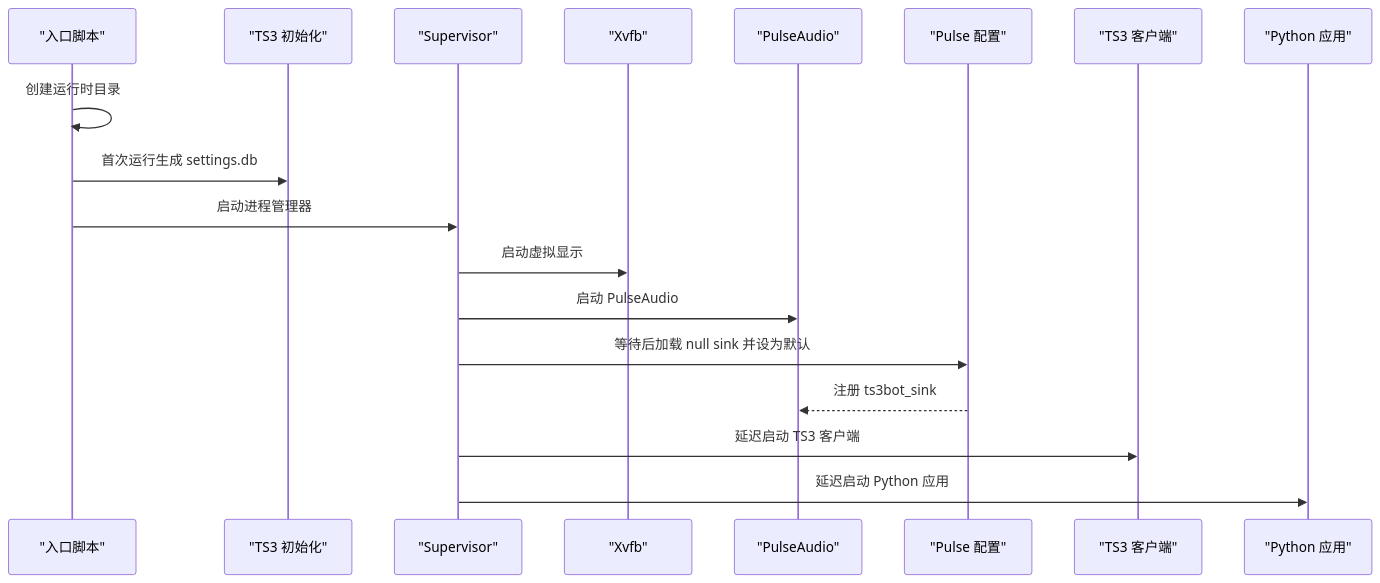
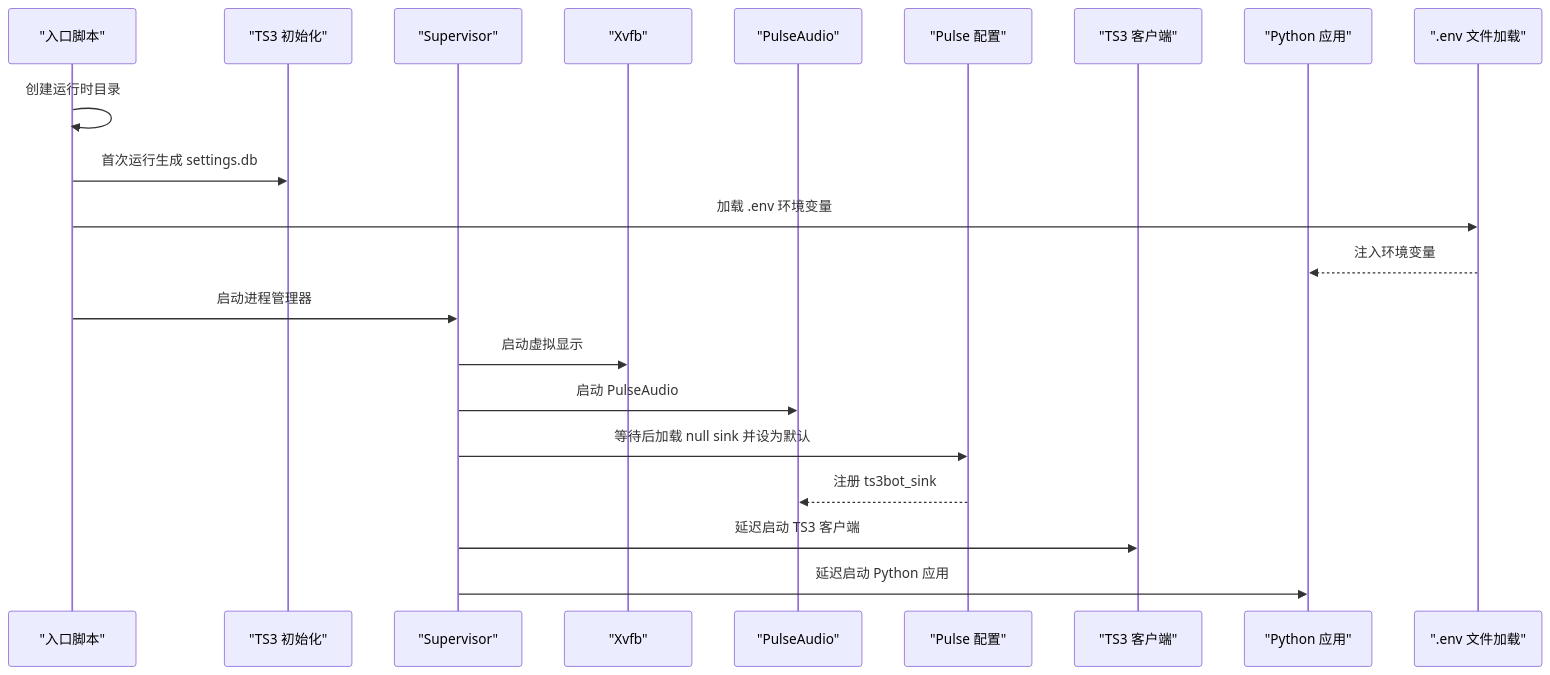
Before and after one commit to GhoulOwl/Teamspeak3_Bot: the second of 7 diagrams in .qoder/repowiki/zh/content/部署和运维/环境配置.md, drawn with Mermaid. The commit also changed other lines of this file and 7 other files, not shown here.

````diff
--- a/.qoder/repowiki/zh/content/部署和运维/环境配置.md
+++ b/.qoder/repowiki/zh/content/部署和运维/环境配置.md
@@ -97,20 +113,23 @@
 ```mermaid
 sequenceDiagram
 participant Entrypoint as "入口脚本"
 participant Init as "TS3 初始化"
 participant Supervisord as "Supervisor"
 participant Xvfb as "Xvfb"
 participant Pulse as "PulseAudio"
 participant Setup as "Pulse 配置"
 participant TS3 as "TS3 客户端"
 participant Bot as "Python 应用"
+participant DotEnv as ".env 文件加载"
 Entrypoint->>Entrypoint : 创建运行时目录
 Entrypoint->>Init : 首次运行生成 settings.db
+Entrypoint->>DotEnv : 加载 .env 环境变量
+DotEnv-->>Bot : 注入环境变量
 Entrypoint->>Supervisord : 启动进程管理器
 Supervisord->>Xvfb : 启动虚拟显示
 Supervisord->>Pulse : 启动 PulseAudio
 Supervisord->>Setup : 等待后加载 null sink 并设为默认
 Setup-->>Pulse : 注册 ts3bot_sink
 Supervisord->>TS3 : 延迟启动 TS3 客户端
 Supervisord->>Bot : 延迟启动 Python 应用
 ```
````
